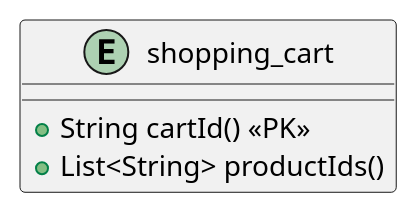
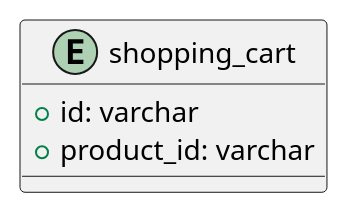
One commit to sokimaaa/6CORE changed the diagram in 1-documentation/er-diagram/script/shopping-cart.puml. Above: the diagram before and after it, drawn with PlantUML. The commit also changed 2 other files, not shown here.

Commit message:
[6CORE-041] Fixed table script and ER diagram

```diff
--- a/1-documentation/er-diagram/script/shopping-cart.puml
+++ b/1-documentation/er-diagram/script/shopping-cart.puml
@@ -1,8 +1,9 @@
 @startuml
+'https://plantuml.com/ie-diagram
 
 entity shopping_cart {
-  +String cartId() <<PK>>
-  +List<String> productIds()
+    + id: varchar
+    + product_id: varchar
 }
 
 @enduml
```
